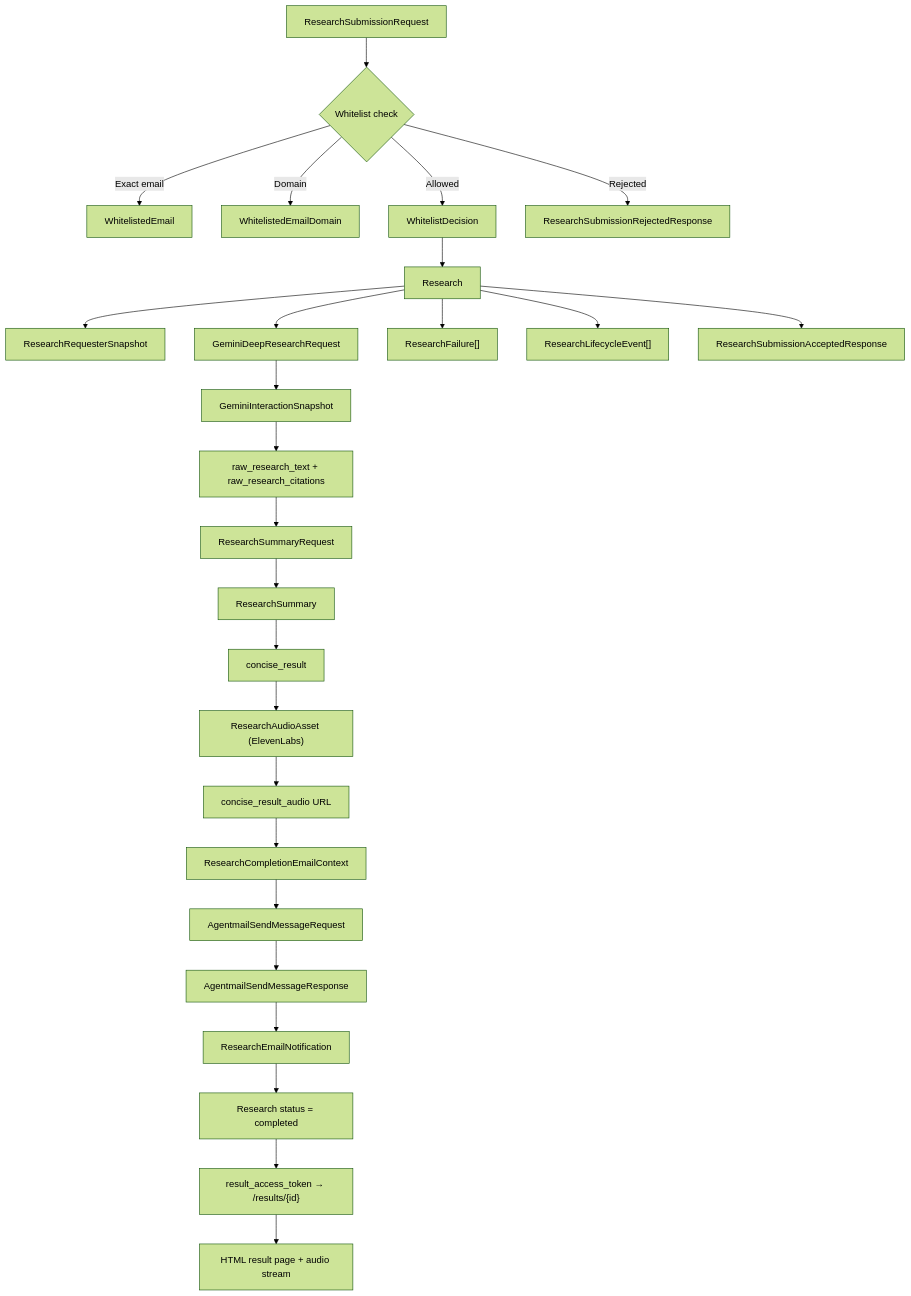
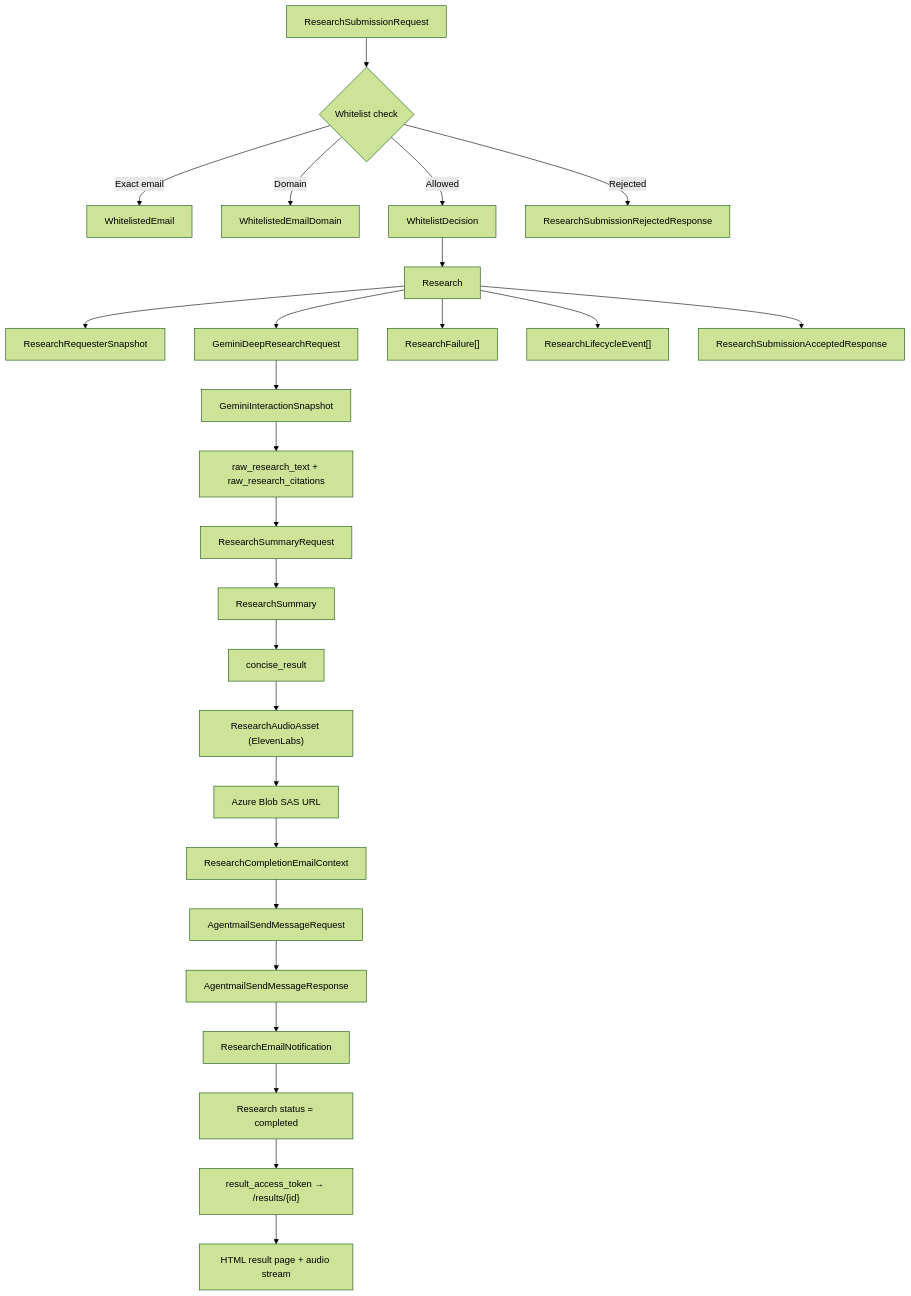
Before and after one commit to b2b/signals: the diagram in models_in_workflow.md, drawn with Mermaid (forest theme). The commit also changed other lines of this file and 7 other files, not shown here.

Commit message:
feat: Introduce gunicorn startup script and remove Azure Blob Storage migration and test files, alongside documentation updates.

````diff
--- a/models_in_workflow.md
+++ b/models_in_workflow.md
@@ -332,28 +333,28 @@
 ```mermaid
 flowchart TD
     A["ResearchSubmissionRequest"] --> B{"Whitelist check"}
     B -->|Exact email| C["WhitelistedEmail"]
     B -->|Domain| D["WhitelistedEmailDomain"]
     B -->|Allowed| E["WhitelistDecision"]
     B -->|Rejected| F["ResearchSubmissionRejectedResponse"]
     E --> G["Research"]
     G --> H["ResearchRequesterSnapshot"]
     G --> I["GeminiDeepResearchRequest"]
     I --> J["GeminiInteractionSnapshot"]
     J --> K["raw_research_text + raw_research_citations"]
     K --> L["ResearchSummaryRequest"]
     L --> M["ResearchSummary"]
     M --> N["concise_result"]
     N --> O["ResearchAudioAsset (ElevenLabs)"]
-    O --> P["concise_result_audio URL"]
+    O --> P["Azure Blob SAS URL"]
     P --> Q["ResearchCompletionEmailContext"]
     Q --> R["AgentmailSendMessageRequest"]
     R --> S["AgentmailSendMessageResponse"]
     S --> T["ResearchEmailNotification"]
     T --> U["Research status = completed"]
     G --> V["ResearchFailure[]"]
     G --> W["ResearchLifecycleEvent[]"]
     G --> X["ResearchSubmissionAcceptedResponse"]
     U --> Y["result_access_token → /results/{id}"]
     Y --> Z["HTML result page + audio stream"]
 ```
````
